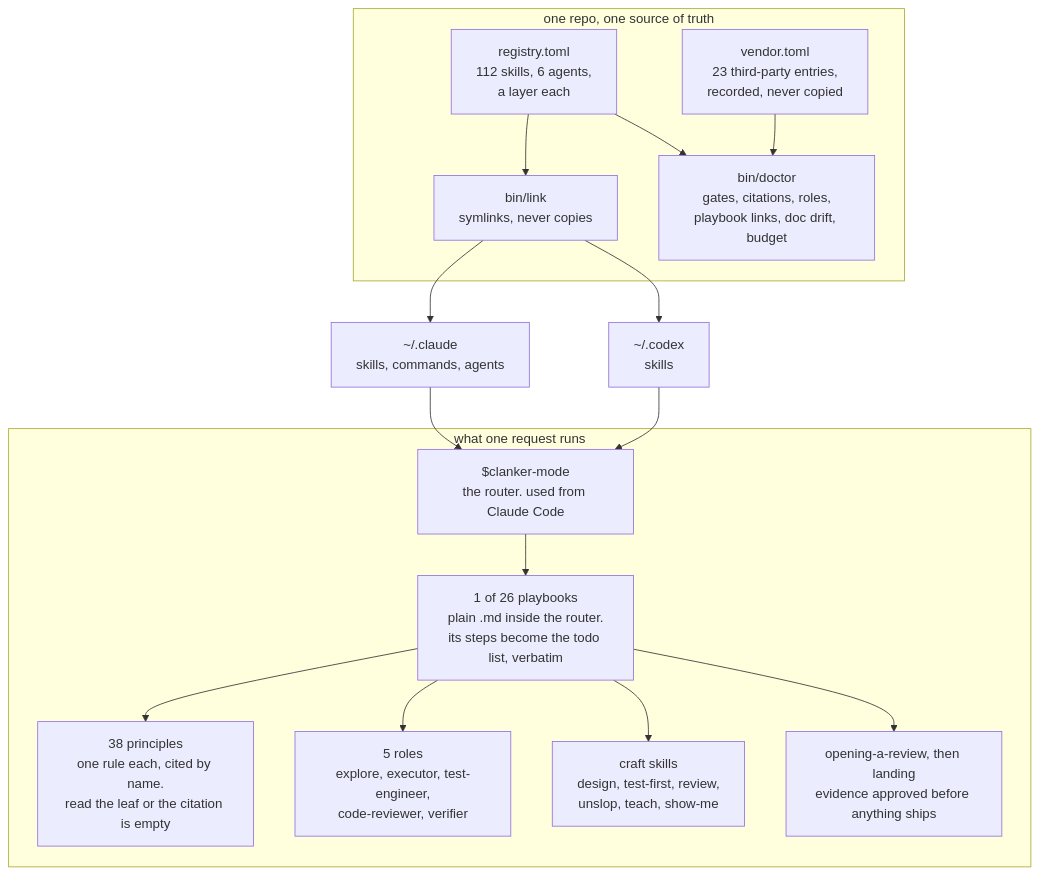
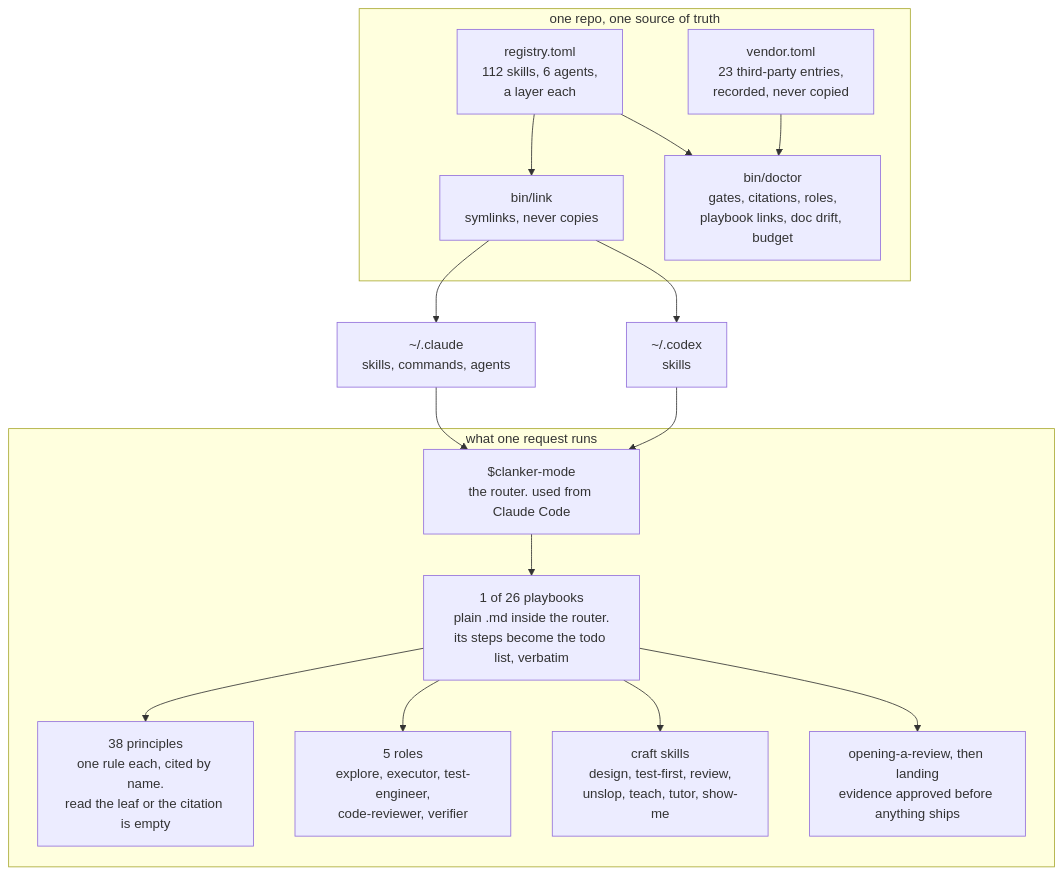
The diagram in README.md (daryl-tg/deez-skills), drawn with Mermaid before and after one commit. The commit also changed other lines of this file and 7 other files, not shown here.

First line of the commit message:
skills(tutor): Socratic tutoring to mastery, wired to teach and the router

````diff
--- a/README.md
+++ b/README.md
@@ -11,34 +11,34 @@
 ```mermaid
 flowchart TB
   subgraph hub["one repo, one source of truth"]
     reg["registry.toml<br/>112 skills, 6 agents,<br/>a layer each"]
     ven["vendor.toml<br/>23 third-party entries,<br/>recorded, never copied"]
     lnk["bin/link<br/>symlinks, never copies"]
     doc["bin/doctor<br/>gates, citations, roles,<br/>playbook links, doc drift, budget"]
     reg --> lnk
     reg --> doc
     ven --> doc
   end
 
   cc["~/.claude<br/>skills, commands, agents"]
   cx["~/.codex<br/>skills"]
 
   subgraph work["what one request runs"]
     router["$clanker-mode<br/>the router. used from Claude Code"]
     pb["1 of 26 playbooks<br/>plain .md inside the router.<br/>its steps become the todo list, verbatim"]
     prin["38 principles<br/>one rule each, cited by name.<br/>read the leaf or the citation is empty"]
     role["5 roles<br/>explore, executor, test-engineer,<br/>code-reviewer, verifier"]
-    craft["craft skills<br/>design, test-first, review,<br/>unslop, teach, show-me"]
+    craft["craft skills<br/>design, test-first, review,<br/>unslop, teach, tutor, show-me"]
     ship["opening-a-review, then landing<br/>evidence approved before anything ships"]
     router --> pb
     pb --> prin
     pb --> role
     pb --> craft
     pb --> ship
   end
 
   lnk --> cc
   lnk --> cx
   cc --> router
   cx --> router
 ```
````
